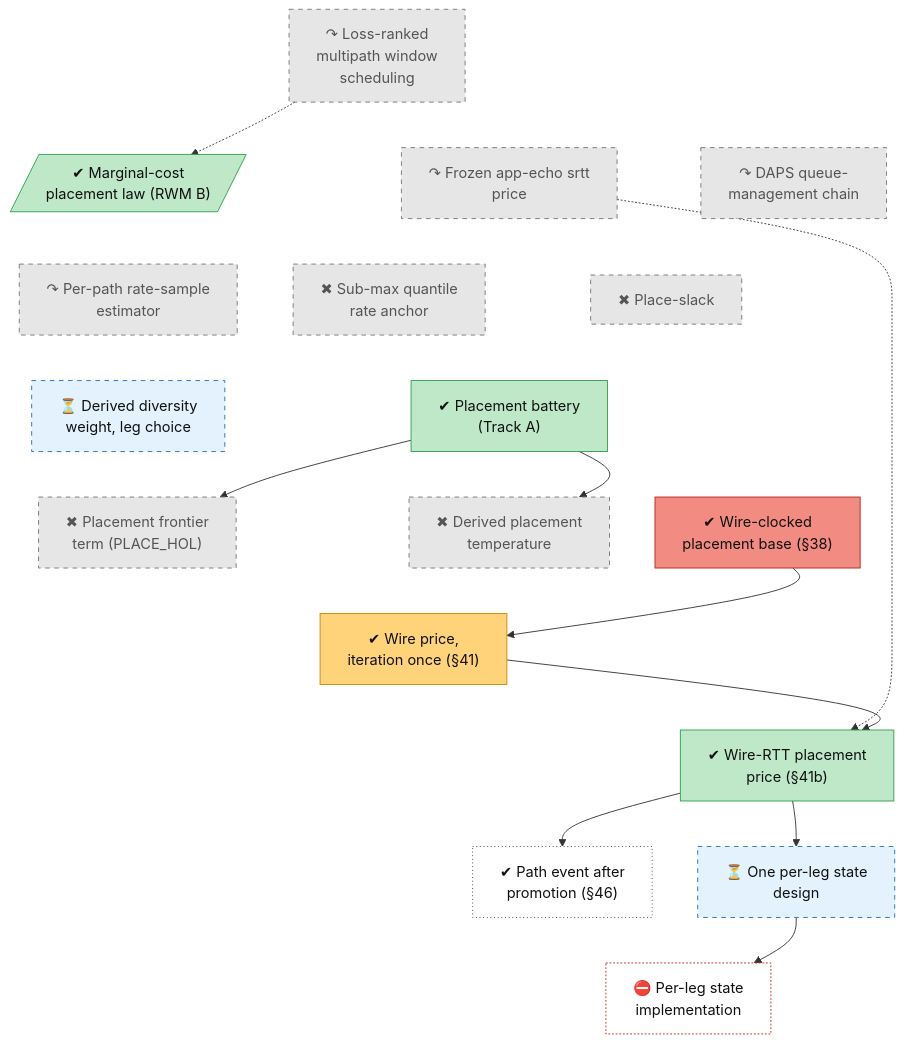
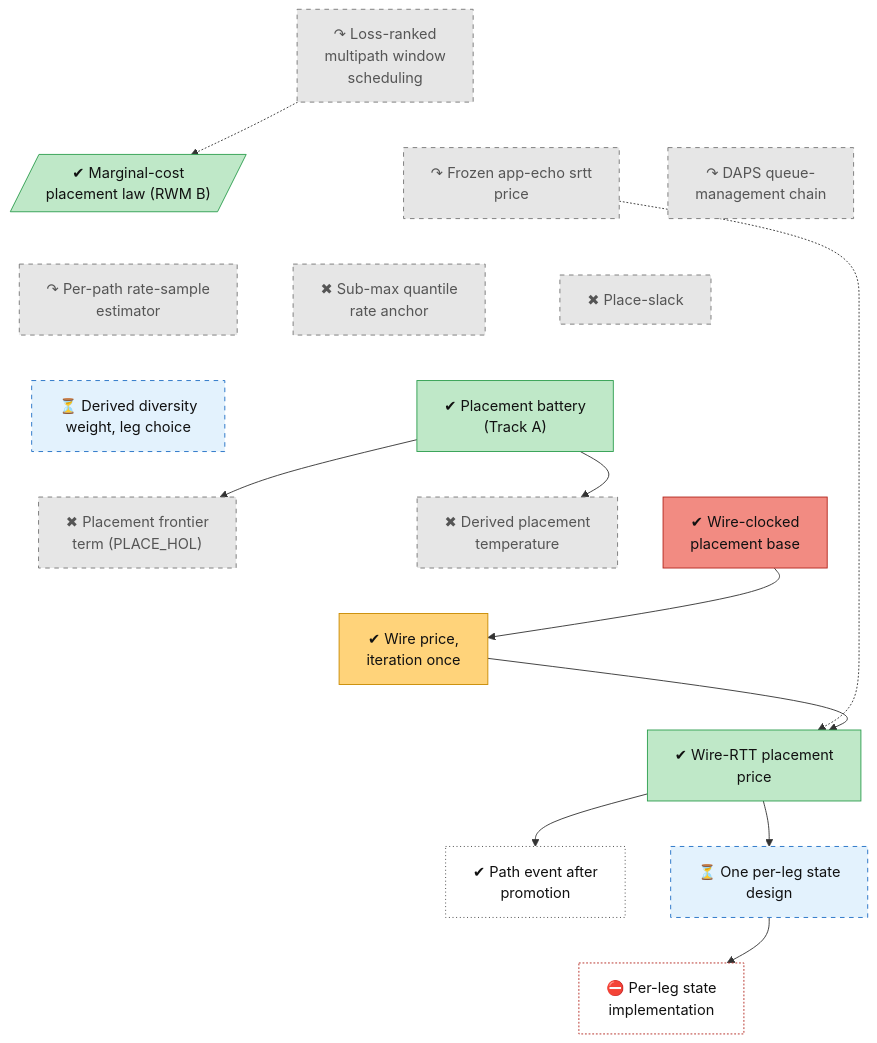
Before and after one commit to lhns/raptorpath: the diagram in docs/roadmap/tracks/place.md, drawn with Mermaid. The commit also changed other lines of this file and 12 other files, not shown here.

First line of the commit message:
roadmap: plain titles - no section numbers or internal codenames (block E, F2, s62, 61a) in titles or plain sentences

````diff
--- a/docs/roadmap/tracks/place.md
+++ b/docs/roadmap/tracks/place.md
@@ -10,69 +10,69 @@
 ```mermaid
 flowchart TB
     place_early_window_sched["↷ Loss-ranked<br/>multipath window<br/>scheduling"]
     place_marginal_cost[/"✔ Marginal-cost<br/>placement law (RWM B)"/]
     place_frozen_echo["↷ Frozen app-echo srtt<br/>price"]
     place_daps["↷ DAPS queue-<br/>management chain"]
     place_rate_sample["↷ Per-path rate-sample<br/>estimator"]
     place_submax_anchor["✖ Sub-max quantile<br/>rate anchor"]
     place_slack["✖ Place-slack"]
     place_wdiv["⏳ Derived diversity<br/>weight, leg choice"]
     place_stage2_battery["✔ Placement battery<br/>(Track A)"]
     place_hol["✖ Placement frontier<br/>term (PLACE_HOL)"]
     place_t_derived["✖ Derived placement<br/>temperature"]
-    place_s38_wire["✔ Wire-clocked<br/>placement base (#167;38)"]
-    place_s41_iteration["✔ Wire price,<br/>iteration once (#167;41)"]
-    place_wire_price["✔ Wire-RTT placement<br/>price (#167;41b)"]
-    place_path_event["✔ Path event after<br/>promotion (#167;46)"]
+    place_s38_wire["✔ Wire-clocked<br/>placement base"]
+    place_s41_iteration["✔ Wire price,<br/>iteration once"]
+    place_wire_price["✔ Wire-RTT placement<br/>price"]
+    place_path_event["✔ Path event after<br/>promotion"]
     place_per_leg_state["⏳ One per-leg state<br/>design"]
     place_per_leg_impl["⛔ Per-leg state<br/>implementation"]
     place_early_window_sched ~~~ place_marginal_cost
     place_early_window_sched ~~~ place_frozen_echo
     place_early_window_sched ~~~ place_daps
     place_marginal_cost ~~~ place_rate_sample
     place_frozen_echo ~~~ place_submax_anchor
     place_daps ~~~ place_slack
     place_rate_sample ~~~ place_wdiv
     place_submax_anchor ~~~ place_stage2_battery
     place_slack ~~~ place_stage2_battery
     place_wdiv ~~~ place_hol
     place_stage2_battery ~~~ place_t_derived
     place_stage2_battery ~~~ place_s38_wire
     place_hol ~~~ place_s41_iteration
     place_t_derived ~~~ place_s41_iteration
     place_s38_wire ~~~ place_s41_iteration
     place_s41_iteration ~~~ place_wire_price
     place_wire_price ~~~ place_path_event
     place_wire_price ~~~ place_per_leg_state
     place_path_event ~~~ place_per_leg_impl
     place_per_leg_state ~~~ place_per_leg_impl
     place_early_window_sched -.-> place_marginal_cost
     place_frozen_echo -.-> place_wire_price
     place_stage2_battery --> place_hol
     place_stage2_battery --> place_t_derived
     place_s38_wire --> place_s41_iteration
     place_s41_iteration --> place_wire_price
     place_wire_price --> place_path_event
     place_wire_price --> place_per_leg_state
     place_per_leg_state --> place_per_leg_impl
     classDef vsucc fill:#2e9e4f,stroke:#1b6b34,color:#fff
     classDef succ fill:#bfe8c8,stroke:#2e9e4f,color:#111
     classDef mixed fill:#ffd37a,stroke:#c98a00,color:#111
     classDef bad fill:#f28b82,stroke:#b3261e,color:#111
     classDef dead fill:#e6e6e6,stroke:#777,stroke-dasharray:5 5,color:#555
     classDef inprog fill:#a8cdf5,stroke:#1f6fc5,color:#111
     classDef next fill:#fff,stroke:#333,color:#111
     classDef blocked fill:#fff,stroke:#b3261e,stroke-dasharray:2 2,color:#111
     classDef parked fill:#f3f3f3,stroke:#999,color:#555
     classDef unrated fill:#fff,stroke:#333,stroke-dasharray:1 3,color:#111
     classDef userdec fill:#d9c2f0,stroke:#7b3fb5,color:#111
     classDef defect fill:#ffe0b2,stroke:#d84315,stroke-width:2px,color:#111
     classDef waiting fill:#e3f2fd,stroke:#1f6fc5,stroke-dasharray:5 5,color:#111
     class place_early_window_sched,place_frozen_echo,place_daps,place_rate_sample,place_submax_anchor,place_slack,place_hol,place_t_derived dead
     class place_marginal_cost,place_stage2_battery,place_wire_price succ
     class place_wdiv,place_per_leg_state waiting
     class place_s38_wire bad
     class place_s41_iteration mixed
     class place_path_event unrated
     class place_per_leg_impl blocked
 ```
````
